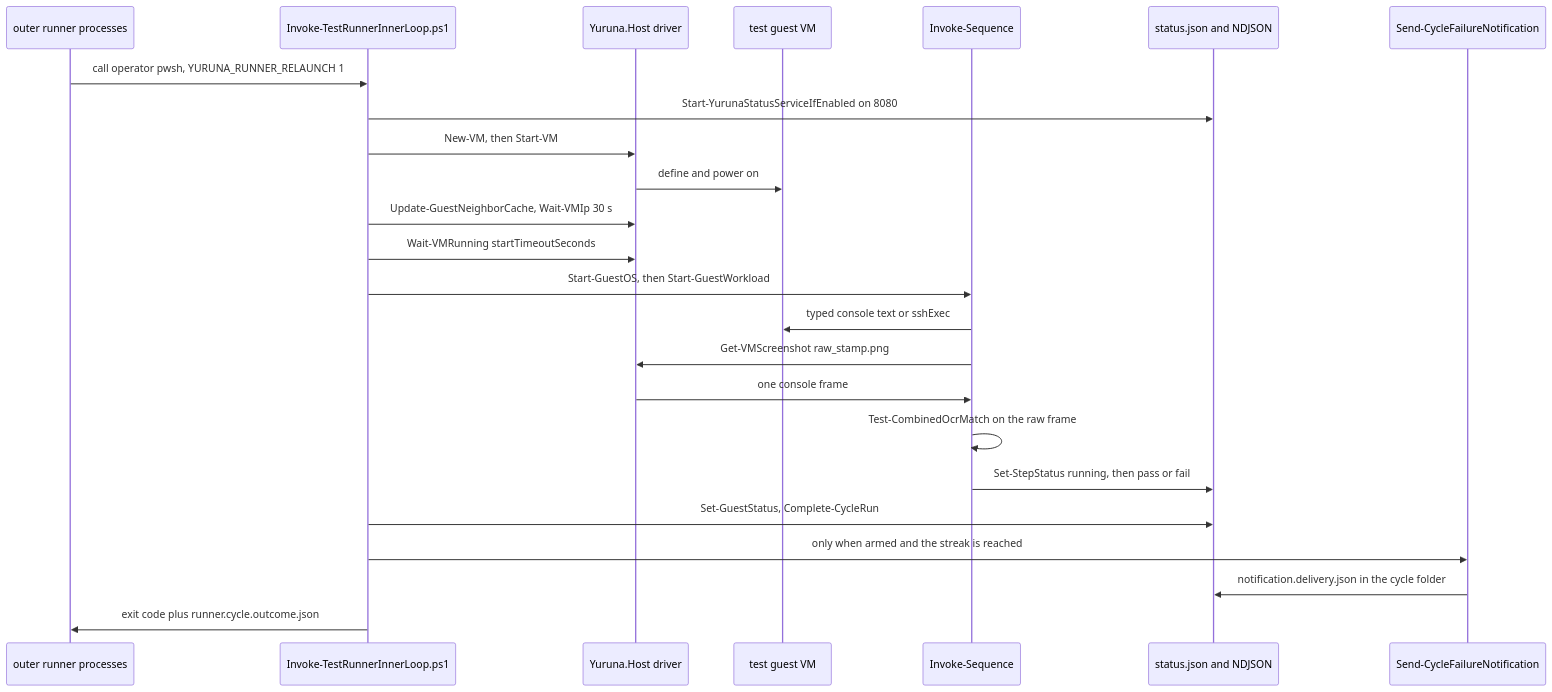
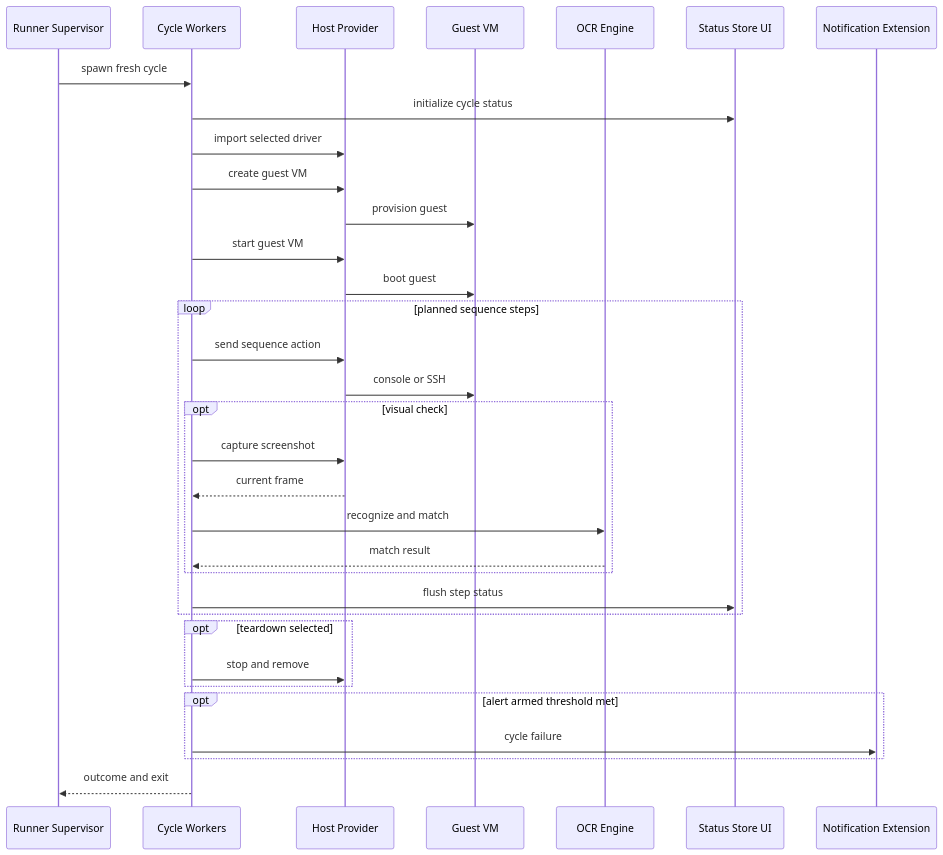
Before and after one commit to alissonsol/yuruna: the second of 8 diagrams in docs/design/03-data-flows.md, drawn with Mermaid. The commit also changed other lines of this file and 657 other files, not shown here.

````diff
--- a/docs/design/03-data-flows.md
+++ b/docs/design/03-data-flows.md
@@ -178,26 +69,39 @@
 ```mermaid
 sequenceDiagram
-    participant outer as outer runner processes
-    participant inner as Invoke-TestRunnerInnerLoop.ps1
-    participant driver as Yuruna.Host driver
-    participant guest as test guest VM
-    participant engine as Invoke-Sequence
-    participant status as status.json and NDJSON
-    participant notify as Send-CycleFailureNotification
-    outer->>inner: call operator pwsh, YURUNA_RUNNER_RELAUNCH 1
-    inner->>status: Start-YurunaStatusServiceIfEnabled on 8080
-    inner->>driver: New-VM, then Start-VM
-    driver->>guest: define and power on
-    inner->>driver: Update-GuestNeighborCache, Wait-VMIp 30 s
-    inner->>driver: Wait-VMRunning startTimeoutSeconds
-    inner->>engine: Start-GuestOS, then Start-GuestWorkload
-    engine->>guest: typed console text or sshExec
-    engine->>driver: Get-VMScreenshot raw_stamp.png
-    driver->>engine: one console frame
-    engine->>engine: Test-CombinedOcrMatch on the raw frame
-    engine->>status: Set-StepStatus running, then pass or fail
-    inner->>status: Set-GuestStatus, Complete-CycleRun
-    inner->>notify: only when armed and the streak is reached
-    notify->>status: notification.delivery.json in the cycle folder
-    inner->>outer: exit code plus runner.cycle.outcome.json
+  participant runner-supervisor as Runner Supervisor
+  participant cycle-workers as Cycle Workers
+  participant host-provider as Host Provider
+  participant guest-vm as Guest VM
+  participant ocr-engine as OCR Engine
+  participant status-store as Status Store UI
+  participant notify-extension as Notification Extension
+
+  runner-supervisor->>cycle-workers: spawn fresh cycle
+  cycle-workers->>status-store: initialize cycle status
+  cycle-workers->>host-provider: import selected driver
+  cycle-workers->>host-provider: create guest VM
+  host-provider->>guest-vm: provision guest
+  cycle-workers->>host-provider: start guest VM
+  host-provider->>guest-vm: boot guest
+  loop planned sequence steps
+    cycle-workers->>host-provider: send sequence action
+    host-provider->>guest-vm: console or SSH
+    %% optional -- visual checks are sequence controlled
+    opt visual check
+      cycle-workers->>host-provider: capture screenshot
+      host-provider-->>cycle-workers: current frame
+      cycle-workers->>ocr-engine: recognize and match
+      ocr-engine-->>cycle-workers: match result
+    end
+    cycle-workers->>status-store: flush step status
+  end
+  %% optional -- failure policy can retain the guest for diagnosis
+  opt teardown selected
+    cycle-workers->>host-provider: stop and remove
+  end
+  %% optional -- notification requires both policy conditions
+  opt alert armed threshold met
+    cycle-workers->>notify-extension: cycle failure
+  end
+  cycle-workers-->>runner-supervisor: outcome and exit
 ```
````
